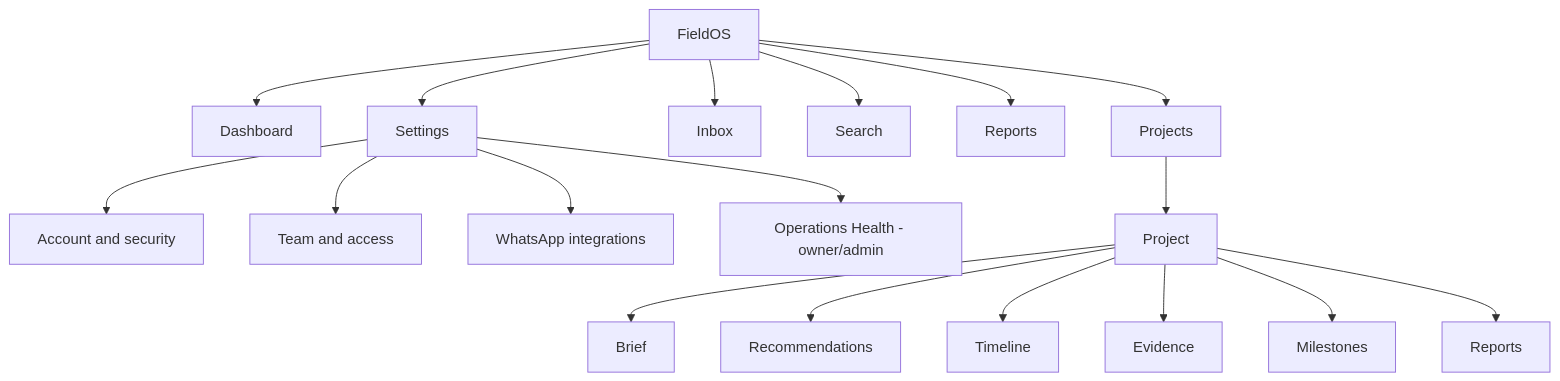
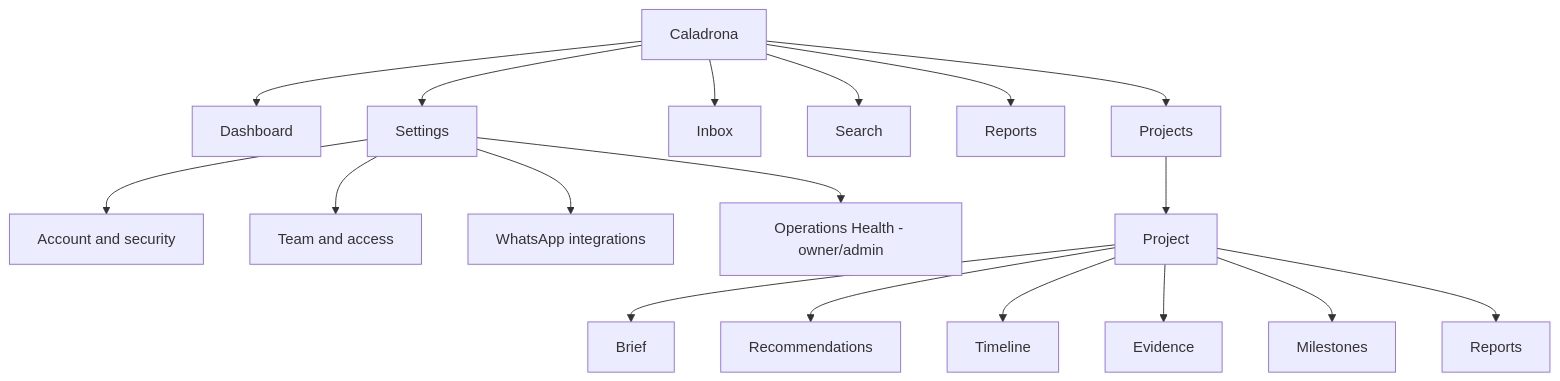
One commit to premhiru/fieldos changed the diagram in docs/UX_AUDIT.md. Above: the diagram before and after it, drawn with Mermaid. The commit also changed other lines of this file and 94 other files, not shown here.

````diff
--- a/docs/UX_AUDIT.md
+++ b/docs/UX_AUDIT.md
@@ -126,20 +126,20 @@
 ```mermaid
 flowchart TD
-  Shell["FieldOS"] --> Dashboard["Dashboard"]
+  Shell["Caladrona"] --> Dashboard["Dashboard"]
   Shell --> Projects["Projects"]
   Shell --> Inbox["Inbox"]
   Shell --> Search["Search"]
   Shell --> Reports["Reports"]
   Shell --> Settings["Settings"]
   Settings --> Account["Account and security"]
   Settings --> Team["Team and access"]
   Settings --> Integrations["WhatsApp integrations"]
   Settings --> Operations["Operations Health - owner/admin"]
   Projects --> Project["Project"]
   Project --> Brief["Brief"]
   Project --> Recommendations["Recommendations"]
   Project --> Timeline["Timeline"]
   Project --> Evidence["Evidence"]
   Project --> Milestones["Milestones"]
   Project --> ProjectReports["Reports"]
 ```
````
